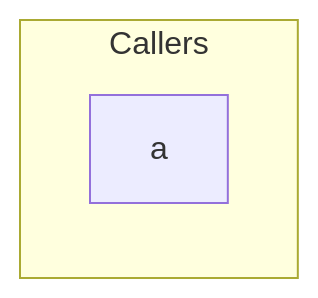
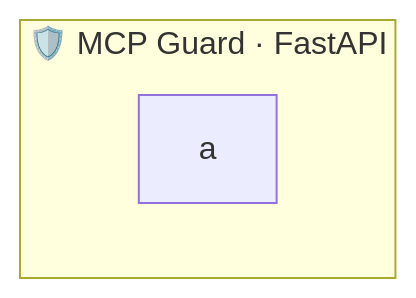
Before and after one commit to aneek22112007-tech/mcp-a2a-secure: the second of 6 diagrams in README.md, drawn with Mermaid. The commit also changed other lines of this file, not shown here.

Commit message:
tmp: mermaid probe 6

````diff
--- a/README.md
+++ b/README.md
@@ -103,6 +14,6 @@
 ```mermaid
 flowchart LR
-    subgraph CALLERS["Callers"]
+    subgraph MG["🛡️ MCP Guard · FastAPI"]
         x1["a"]
     end
 ```
````
